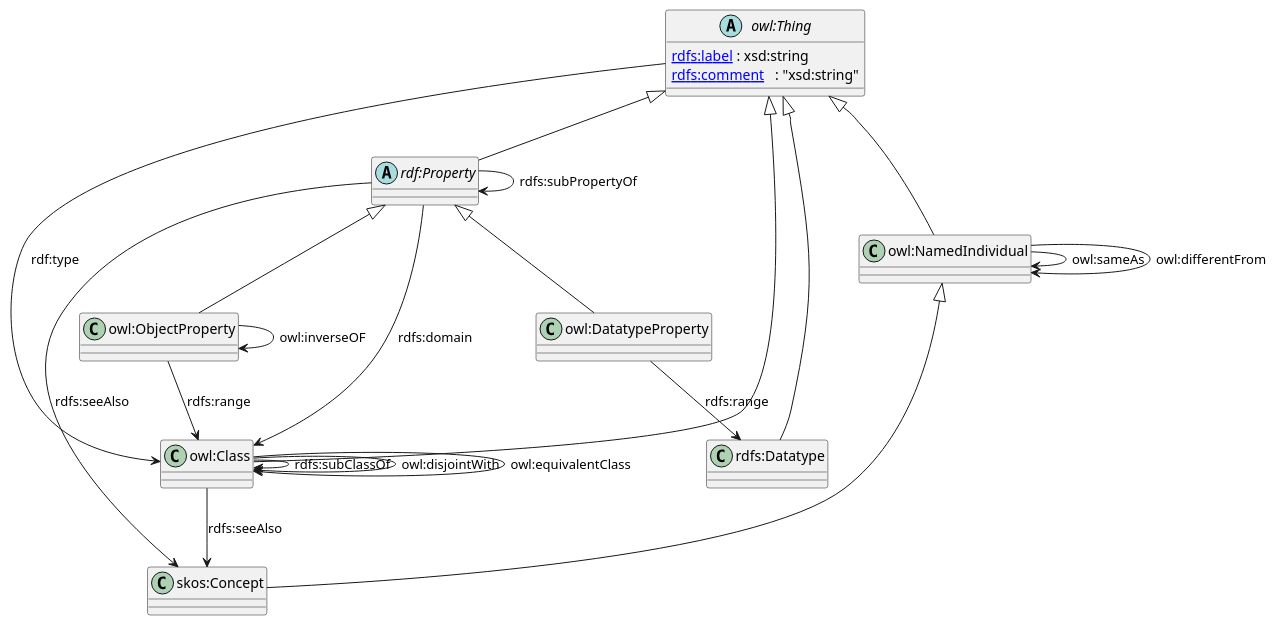
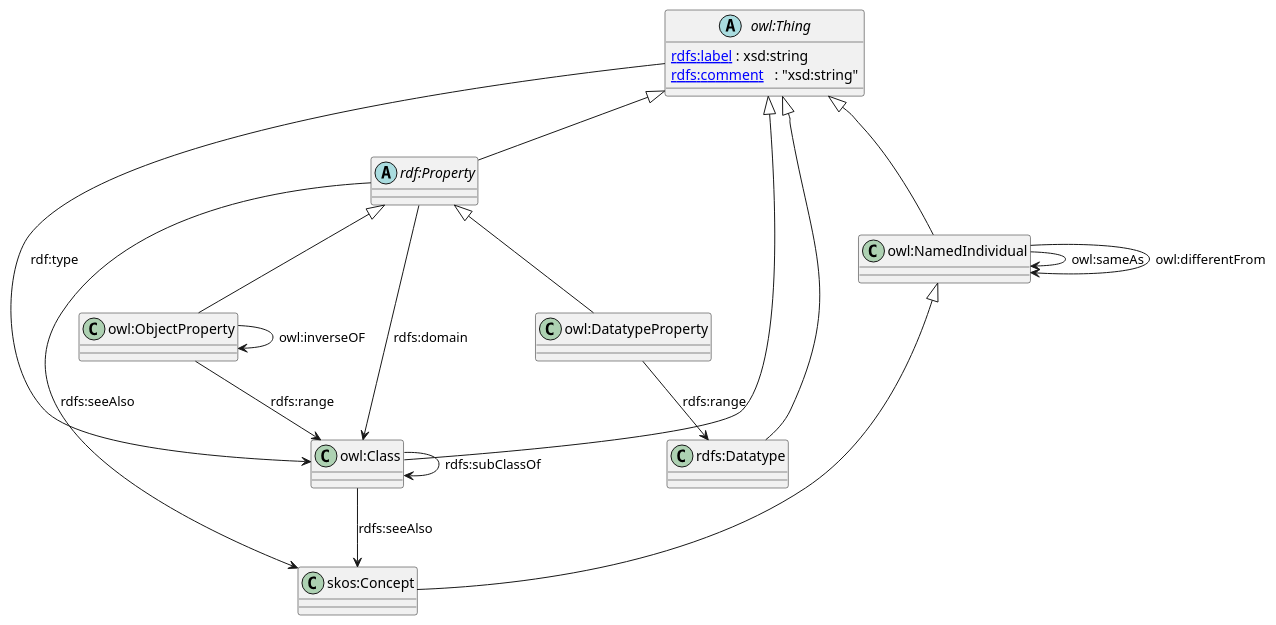
One commit to CIMug-org/mimirProfiler changed the diagram in documentation/figures/vocabularyDiagram.plantuml. Above: the diagram before and after it, drawn with PlantUML. The commit also changed 5 other files, not shown here.

```diff
--- a/documentation/figures/vocabularyDiagram.plantuml
+++ b/documentation/figures/vocabularyDiagram.plantuml
@@ -1,40 +1,37 @@
 @startuml vocabulary
 
 class "owl:Class" [[http://www.w3.org/2000/01/rdf-schema#Class]]
 class "owl:DatatypeProperty" [[http://www.w3.org/2002/07/owl#DatatypeProperty]]
 class "owl:ObjectProperty" [[http://www.w3.org/2002/07/owl#ObjectProperty]]
 abstract class "rdf:Property" [[http://www.w3.org/1999/02/22-rdf-syntax-ns#Property]] 
 class "rdfs:Datatype" [[http://www.w3.org/2000/01/rdf-schema#Datatype]] 
 class "owl:NamedIndividual" [[http://www.w3.org/2002/07/owl#NamedIndividual]] 
 abstract class "owl:Thing" [[http://www.w3.org/2002/07/owl#Thing]]{ 
   [[http://www.w3.org/2000/01/rdf-schema#label rdfs:label ]]: xsd:string
  [[http://www.w3.org/2000/01/rdf-schema#comment rdfs:comment ]]  : "xsd:string" 
 }
 
 "owl:Thing" <|--  "owl:Class"
 
 
 "owl:Thing" <|--   "rdf:Property"
 "owl:Thing" <|--   "rdfs:Datatype"
 "owl:Thing" <|--   "owl:NamedIndividual"
 "owl:NamedIndividual" <|-- "skos:Concept"
 "rdf:Property" <|-- "owl:DatatypeProperty"
 "rdf:Property" <|-- "owl:ObjectProperty"
 
 
 "owl:ObjectProperty" --> "owl:ObjectProperty" : "owl:inverseOF"
 
 "rdf:Property"--> "owl:Class" : "rdfs:domain"
 "owl:ObjectProperty"--> "owl:Class" : "rdfs:range"
 "owl:DatatypeProperty"--> "rdfs:Datatype" : "rdfs:range"
 "owl:Class" --> "owl:Class" : "rdfs:subClassOf"
-"owl:Class" --> "owl:Class" : "owl:disjointWith" 
-"owl:Class" --> "owl:Class" : "owl:equivalentClass"
-"rdf:Property" --> "rdf:Property" : "rdfs:subPropertyOf"
 "owl:Thing" --> "owl:Class" : "rdf:type"
 "owl:Class" -->  "skos:Concept" : "rdfs:seeAlso"
 "rdf:Property" -->  "skos:Concept" : "rdfs:seeAlso"
 "owl:NamedIndividual" --> "owl:NamedIndividual" : "owl:sameAs"
 "owl:NamedIndividual" --> "owl:NamedIndividual" : "owl:differentFrom"
 
 @enduml
```
